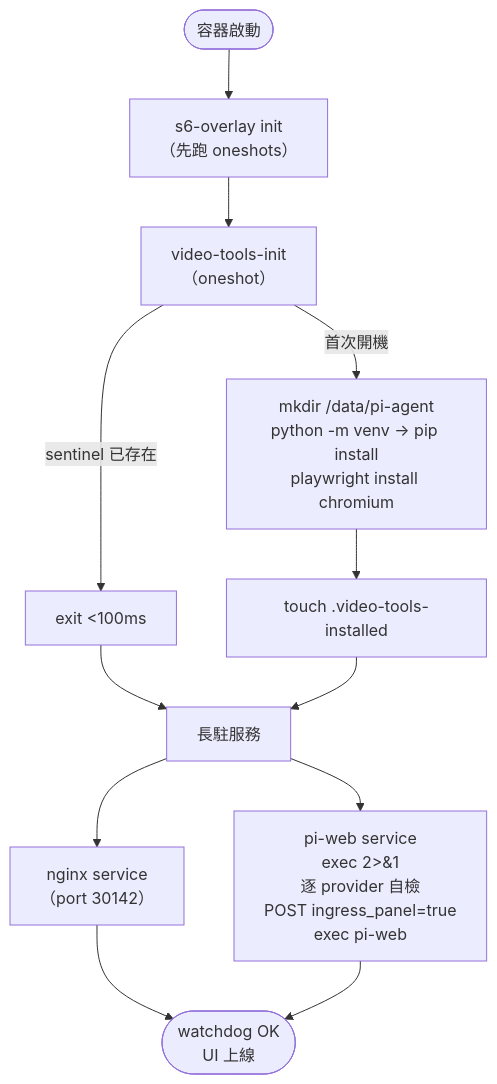
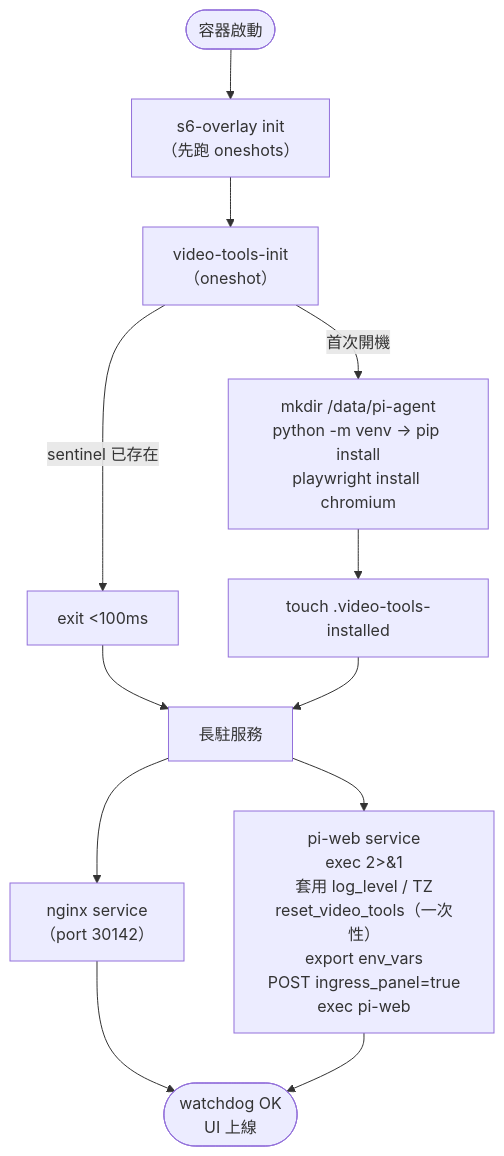
One commit to WOOWTECH/Woow_ha_pi_agent_add_on changed the third of 3 diagrams in README_zh-TW.md. Above: the diagram before and after it, drawn with Mermaid. The commit also changed other lines of this file and 7 other files, not shown here.

````diff
--- a/README_zh-TW.md
+++ b/README_zh-TW.md
@@ -135,14 +138,14 @@
 ```mermaid
 flowchart TD
     Start(["容器啟動"]) --> S6["s6-overlay init<br/>（先跑 oneshots）"]
     S6 --> Init["video-tools-init<br/>（oneshot）"]
     Init -->|sentinel 已存在| Skip["exit &lt;100ms"]
     Init -->|首次開機| Bootstrap["mkdir /data/pi-agent<br/>python -m venv → pip install<br/>playwright install chromium"]
     Bootstrap --> Sentinel["touch .video-tools-installed"]
     Skip --> Longrun["長駐服務"]
     Sentinel --> Longrun
     Longrun --> Nginx["nginx service<br/>（port 30142）"]
-    Longrun --> PiWeb["pi-web service<br/>exec 2>&amp;1<br/>逐 provider 自檢<br/>POST ingress_panel=true<br/>exec pi-web"]
+    Longrun --> PiWeb["pi-web service<br/>exec 2>&amp;1<br/>套用 log_level / TZ<br/>reset_video_tools（一次性）<br/>export env_vars<br/>POST ingress_panel=true<br/>exec pi-web"]
     Nginx --> Ready(["watchdog OK<br/>UI 上線"])
     PiWeb --> Ready
 ```
````
